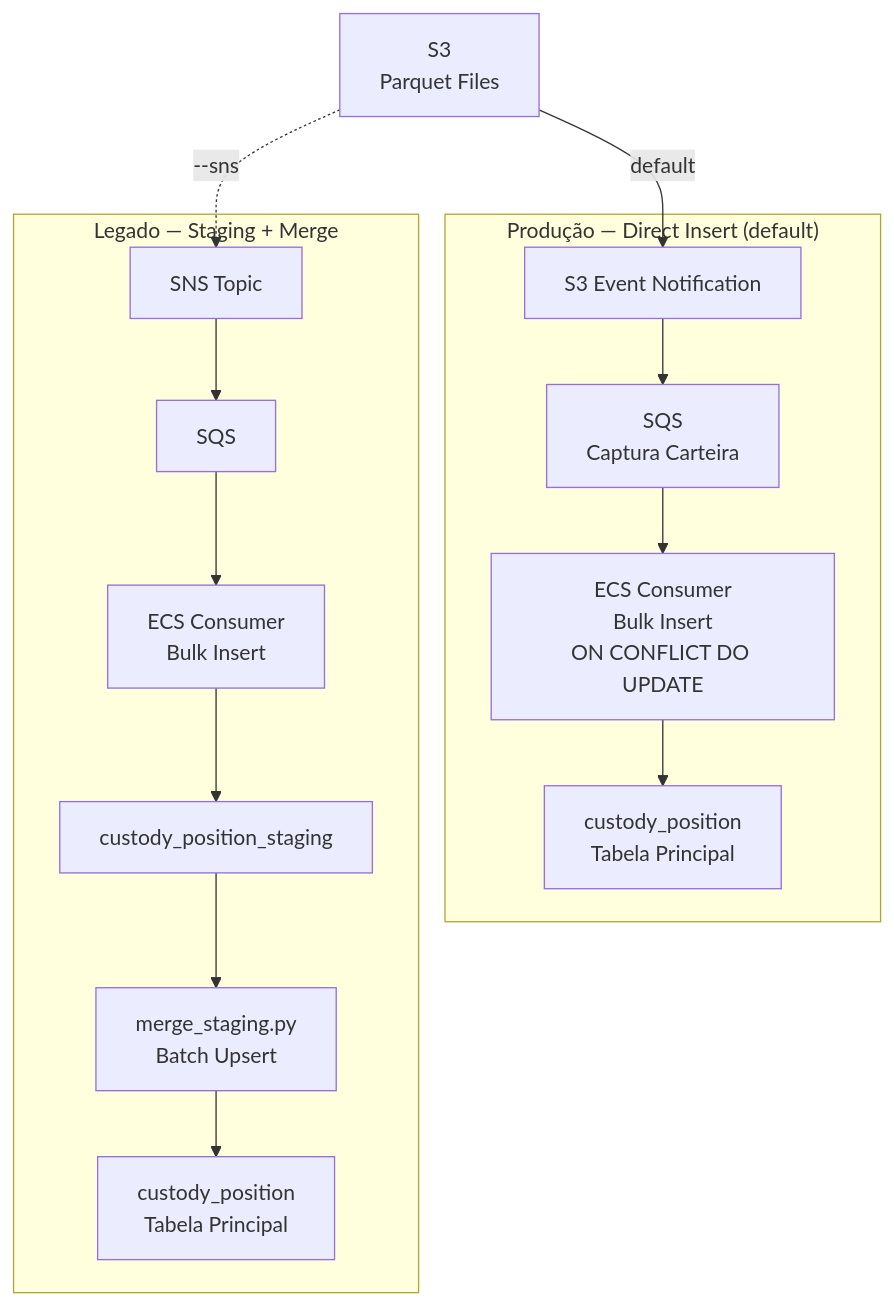
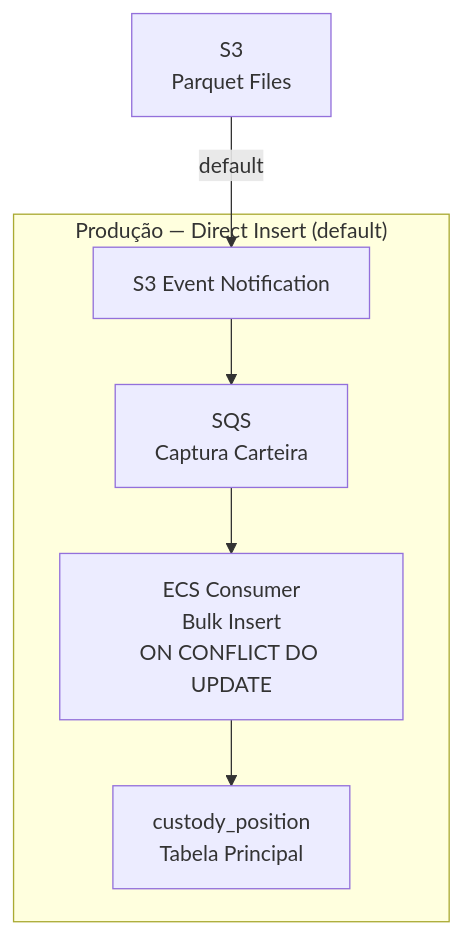
Before and after one commit to ortizgui/poc-parquet-staging-postgresql: the diagram in README.md, drawn with Mermaid. The commit also changed other lines of this file and 8 other files, not shown here.

````diff
--- a/README.md
+++ b/README.md
@@ -7,21 +7,12 @@
 ```mermaid
 flowchart TD
     S3_BUCKET[S3<br/>Parquet Files]
     
     subgraph DIRECT ["Produção — Direct Insert (default)"]
         S3_EVENT[S3 Event Notification] --> SQS_DIRECT[SQS<br/>Captura Carteira]
         SQS_DIRECT --> ECS_CONSUMER[ECS Consumer<br/>Bulk Insert<br/>ON CONFLICT DO UPDATE]
         ECS_CONSUMER --> PRINCIPAL_DIRECT[custody_position<br/>Tabela Principal]
     end
 
-    subgraph LEGACY ["Legado — Staging + Merge"]
-        SNS[SNS Topic] --> SQS_LEGACY[SQS]
-        SQS_LEGACY --> ECS_STAGING[ECS Consumer<br/>Bulk Insert]
-        ECS_STAGING --> STAGING_TABLE[custody_position_staging]
-        STAGING_TABLE --> MERGE[merge_staging.py<br/>Batch Upsert]
-        MERGE --> PRINCIPAL_LEGACY[custody_position<br/>Tabela Principal]
-    end
-
     S3_BUCKET -->|default| S3_EVENT
-    S3_BUCKET -.->|--sns| SNS
 ```
````
